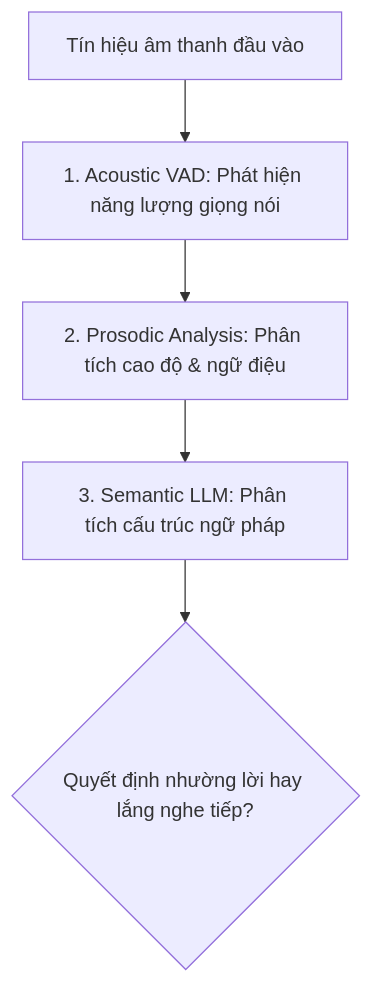
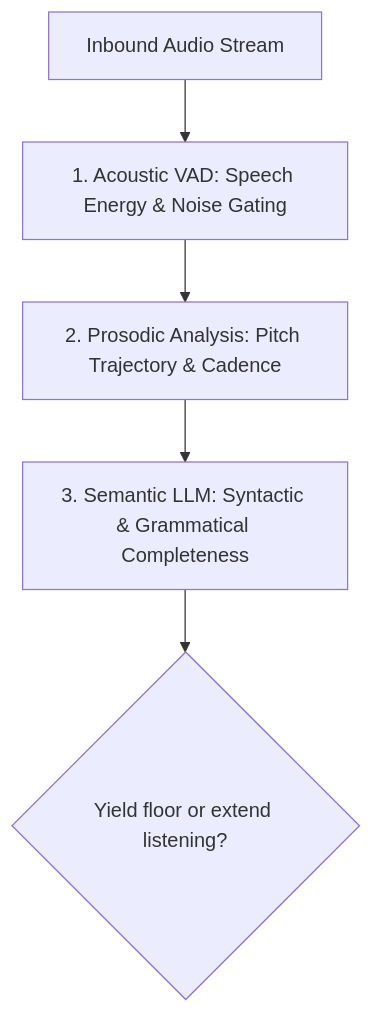
One commit to jangtrinh/design-os-voice-ux changed the second of 2 diagrams in 02-interaction-patterns/turn-taking-and-barge-in.md. Above: the diagram before and after it, drawn with Mermaid. The commit also changed other lines of this file and 41 other files, not shown here.

````diff
--- a/02-interaction-patterns/turn-taking-and-barge-in.md
+++ b/02-interaction-patterns/turn-taking-and-barge-in.md
@@ -78,7 +75,7 @@
 ```mermaid
 graph TD
-    RawAudio[Tín hiệu âm thanh đầu vào] --> VAD[1. Acoustic VAD: Phát hiện năng lượng giọng nói]
-    VAD --> Prosody[2. Prosodic Analysis: Phân tích cao độ & ngữ điệu]
-    Prosody --> Semantics[3. Semantic LLM: Phân tích cấu trúc ngữ pháp]
-    Semantics --> Decision{Quyết định nhường lời hay lắng nghe tiếp?}
+    RawAudio[Inbound Audio Stream] --> VAD[1. Acoustic VAD: Speech Energy & Noise Gating]
+    VAD --> Prosody[2. Prosodic Analysis: Pitch Trajectory & Cadence]
+    Prosody --> Semantics[3. Semantic LLM: Syntactic & Grammatical Completeness]
+    Semantics --> Decision{Yield floor or extend listening?}
 ```
````
